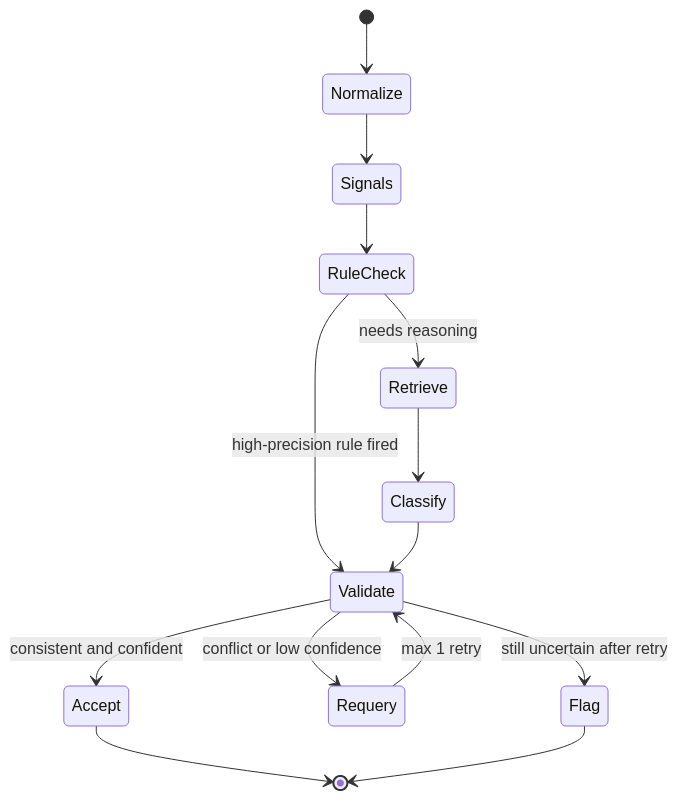
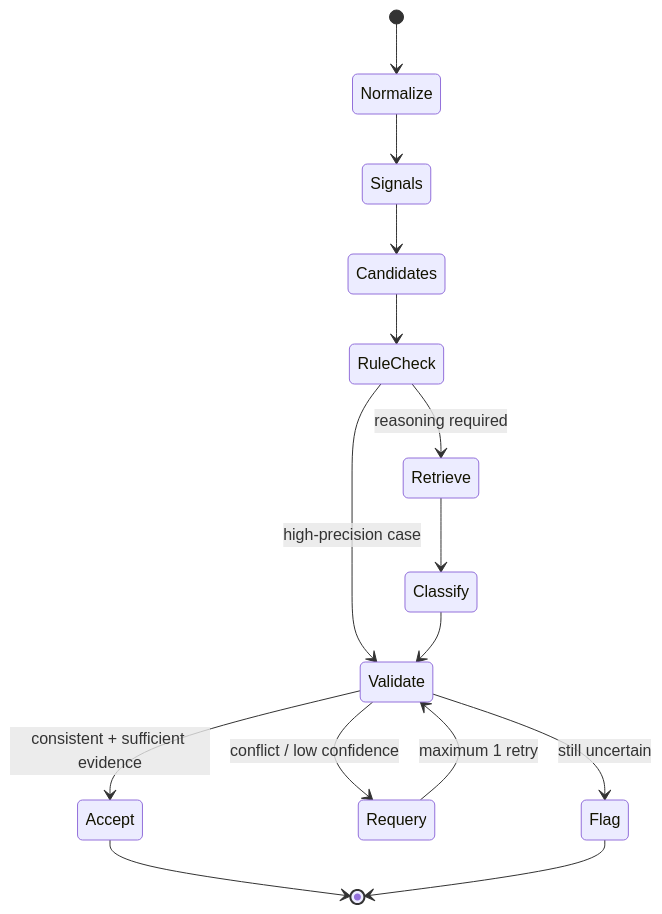
One commit to tanishqkale91-cmd/MidNighters changed the third of 3 diagrams in README.md. Above: the diagram before and after it, drawn with Mermaid. The commit also changed other lines of this file, not shown here.

````diff
--- a/README.md
+++ b/README.md
@@ -352,16 +619,22 @@
 ```mermaid
 stateDiagram-v2
     [*] --> Normalize
     Normalize --> Signals
-    Signals --> RuleCheck
-    RuleCheck --> Validate: high-precision rule fired
-    RuleCheck --> Retrieve: needs reasoning
+    Signals --> Candidates
+    Candidates --> RuleCheck
+
+    RuleCheck --> Validate: high-precision case
+    RuleCheck --> Retrieve: reasoning required
+
     Retrieve --> Classify
     Classify --> Validate
-    Validate --> Accept: consistent and confident
-    Validate --> Requery: conflict or low confidence
-    Requery --> Validate: max 1 retry
-    Validate --> Flag: still uncertain after retry
+
+    Validate --> Accept: consistent + sufficient evidence
+    Validate --> Requery: conflict / low confidence
+
+    Requery --> Validate: maximum 1 retry
+    Validate --> Flag: still uncertain
+
     Accept --> [*]
     Flag --> [*]
 ```
````
